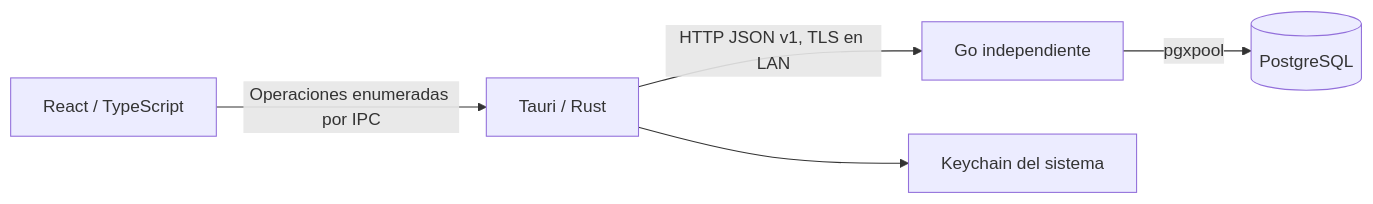
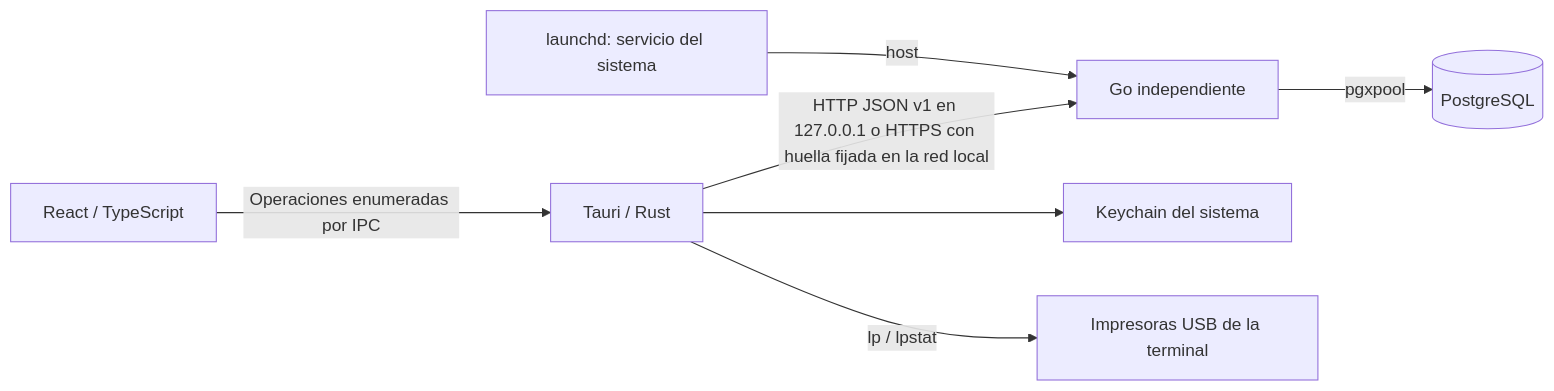
One commit to eliver-perez/adelpos changed the first of 2 diagrams in ARCHITECTURE.md. Above: the diagram before and after it, drawn with Mermaid. The commit also changed other lines of this file and 15 other files, not shown here.

````diff
--- a/ARCHITECTURE.md
+++ b/ARCHITECTURE.md
@@ -5,7 +5,9 @@
 ```mermaid
 flowchart LR
     R[React / TypeScript] -->|Operaciones enumeradas por IPC| T[Tauri / Rust]
-    T -->|HTTP JSON v1, TLS en LAN| G[Go independiente]
+    T -->|HTTP JSON v1 en 127.0.0.1 o HTTPS con huella fijada en la red local| G[Go independiente]
     T --> K[Keychain del sistema]
+    T -->|lp / lpstat| I[Impresoras USB de la terminal]
     G -->|pgxpool| P[(PostgreSQL)]
+    L[launchd: servicio del sistema] -->|host| G
 ```
````
